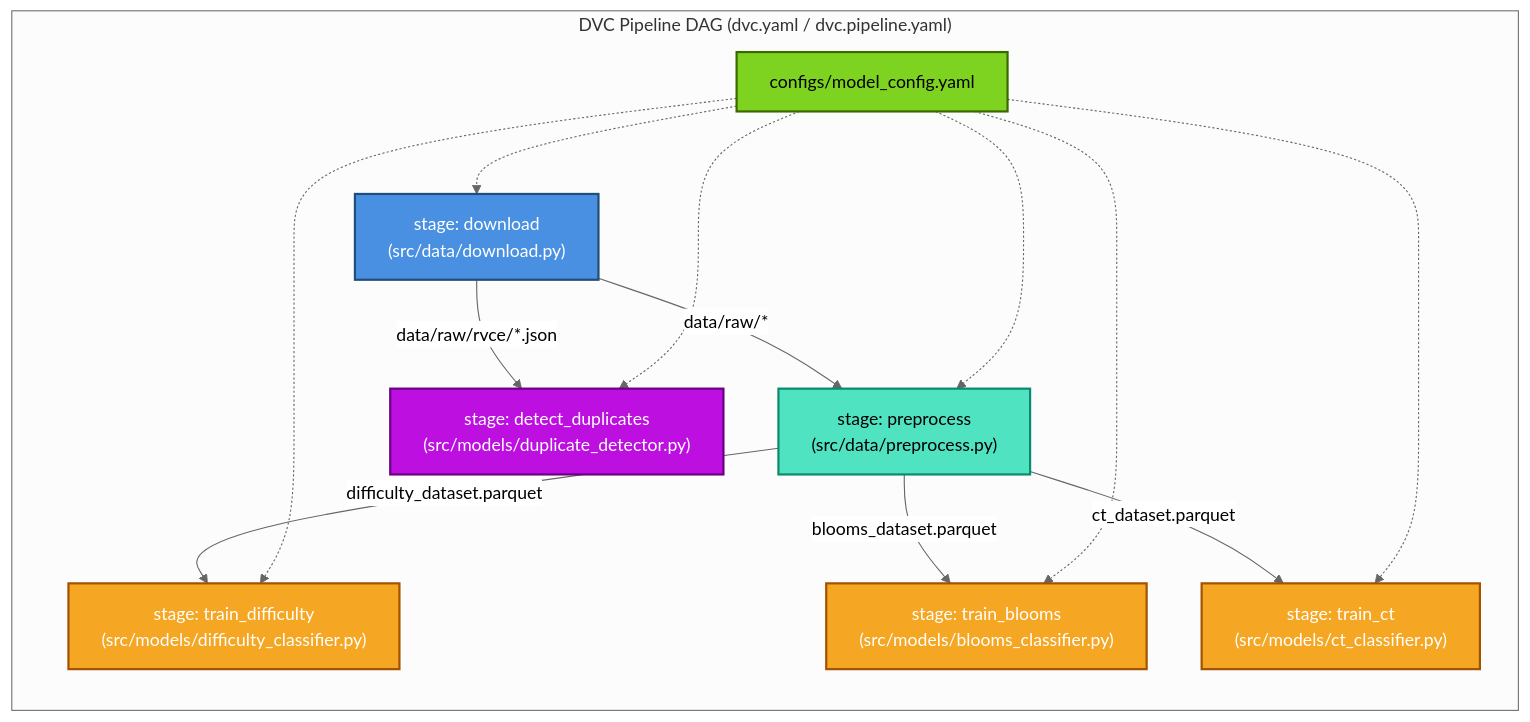
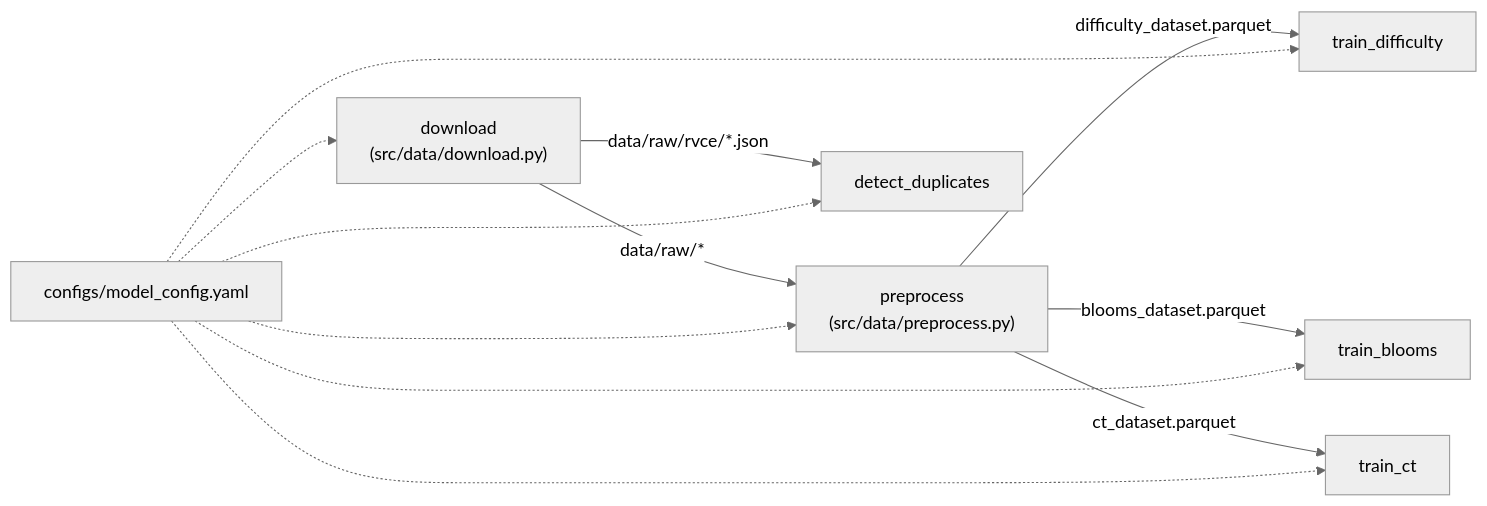
Before and after one commit to aarush-luthra/QuestionCraft: the diagram in README.md, drawn with Mermaid (neutral theme). The commit also changed other lines of this file, not shown here.

````diff
--- a/README.md
+++ b/README.md
@@ -130,25 +63,9 @@
 ```mermaid
 graph LR
-    subgraph DVC_Pipeline["DVC Pipeline DAG (dvc.yaml / dvc.pipeline.yaml)"]
-        A["stage: download<br/>(src/data/download.py)"] -->|data/raw/*| B["stage: preprocess<br/>(src/data/preprocess.py)"]
-        B -->|difficulty_dataset.parquet| C1["stage: train_difficulty<br/>(src/models/difficulty_classifier.py)"]
-        B -->|blooms_dataset.parquet| C2["stage: train_blooms<br/>(src/models/blooms_classifier.py)"]
-        B -->|ct_dataset.parquet| C3["stage: train_ct<br/>(src/models/ct_classifier.py)"]
-        A -->|data/raw/rvce/*.json| D["stage: detect_duplicates<br/>(src/models/duplicate_detector.py)"]
-        
-        CONFIG["configs/model_config.yaml"] -.-> A
-        CONFIG -.-> B
-        CONFIG -.-> C1
-        CONFIG -.-> C2
-        CONFIG -.-> C3
-        CONFIG -.-> D
-    end
-
-    style A fill:#4A90E2,stroke:#1F4E79,stroke-width:2px,color:#fff
-    style B fill:#50E3C2,stroke:#0B8A6E,stroke-width:2px,color:#000
-    style C1 fill:#F5A623,stroke:#A35200,stroke-width:2px,color:#fff
-    style C2 fill:#F5A623,stroke:#A35200,stroke-width:2px,color:#fff
-    style C3 fill:#F5A623,stroke:#A35200,stroke-width:2px,color:#fff
-    style D fill:#BD10E0,stroke:#6C0084,stroke-width:2px,color:#fff
-    style CONFIG fill:#7ED321,stroke:#3B6900,stroke-width:2px,color:#000
+    A["download<br/>(src/data/download.py)"] -->|data/raw/*| B["preprocess<br/>(src/data/preprocess.py)"]
+    B -->|difficulty_dataset.parquet| C1["train_difficulty"]
+    B -->|blooms_dataset.parquet| C2["train_blooms"]
+    B -->|ct_dataset.parquet| C3["train_ct"]
+    A -->|data/raw/rvce/*.json| D["detect_duplicates"]
+    CONFIG["configs/model_config.yaml"] -.-> A & B & C1 & C2 & C3 & D
 ```
````
